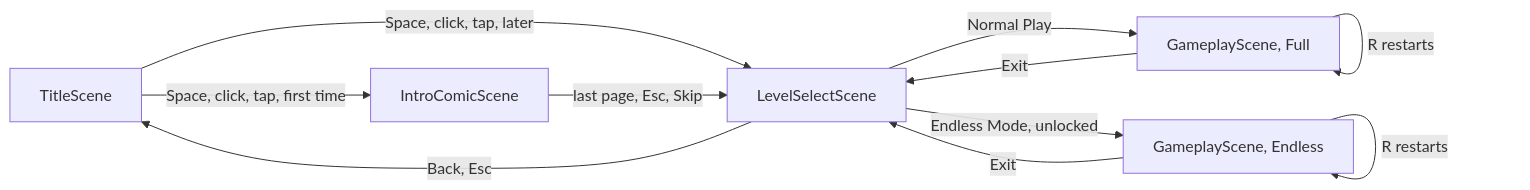
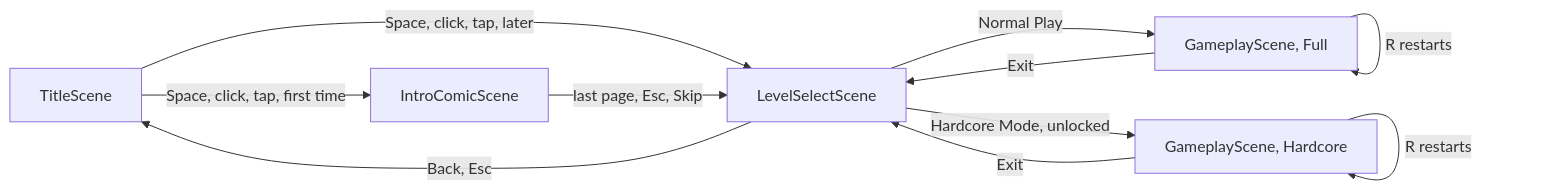
One commit to CSCI-526/Team4-Lu_Lu changed the first of 4 diagrams in docs/monkobra-tdd.md. Above: the diagram before and after it, drawn with Mermaid. The commit also changed other lines of this file and 50 other files, not shown here.

First line of the commit message:
rename Endless Mode to Hardcore Mode; board key kept w/ HACK

````diff
--- a/docs/monkobra-tdd.md
+++ b/docs/monkobra-tdd.md
@@ -44,13 +44,13 @@
 ```mermaid
 graph LR
   Title[TitleScene] -->|Space, click, tap, first time| Comic[IntroComicScene]
   Title -->|Space, click, tap, later| Select[LevelSelectScene]
   Comic -->|last page, Esc, Skip| Select
   Select -->|Normal Play| Play[GameplayScene, Full]
-  Select -->|Endless Mode, unlocked| Play2[GameplayScene, Endless]
+  Select -->|Hardcore Mode, unlocked| Play2[GameplayScene, Hardcore]
   Select -->|Back, Esc| Title
   Play -->|R restarts| Play
   Play2 -->|R restarts| Play2
   Play -->|Exit| Select
   Play2 -->|Exit| Select
 ```
````
